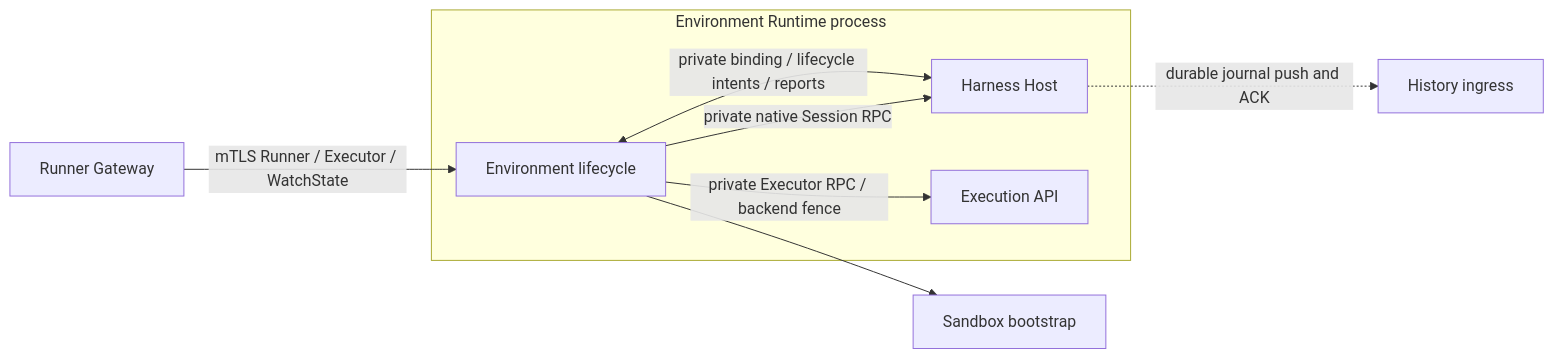
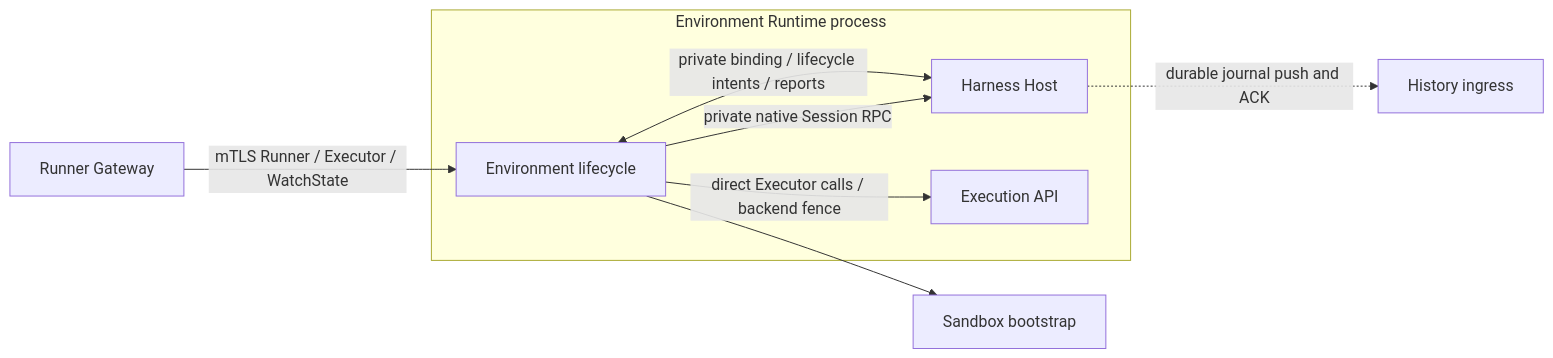
The third of 9 diagrams in agentplane/docs/system_overview.md (agentydragon/ducktape), drawn with Mermaid before and after one commit. The commit also changed other lines of this file and 1 other file, not shown here.

Commit message:
Document direct embedded execution calls

````diff
--- a/agentplane/docs/system_overview.md
+++ b/agentplane/docs/system_overview.md
@@ -117,17 +117,17 @@
 ```mermaid
 flowchart LR
     gateway[Runner Gateway]
     subgraph environment_runtime[Environment Runtime process]
       runtime[Environment lifecycle]
       host[Harness Host]
       execution[Execution API]
     end
     bootstrap[Sandbox bootstrap]
     history[History ingress]
     gateway -->|mTLS Runner / Executor / WatchState| runtime
     runtime <-->|private binding / lifecycle intents / reports| host
     runtime -->|private native Session RPC| host
-    runtime -->|private Executor RPC / backend fence| execution
+    runtime -->|direct Executor calls / backend fence| execution
     runtime --> bootstrap
     host -.->|durable journal push and ACK| history
 ```
````
